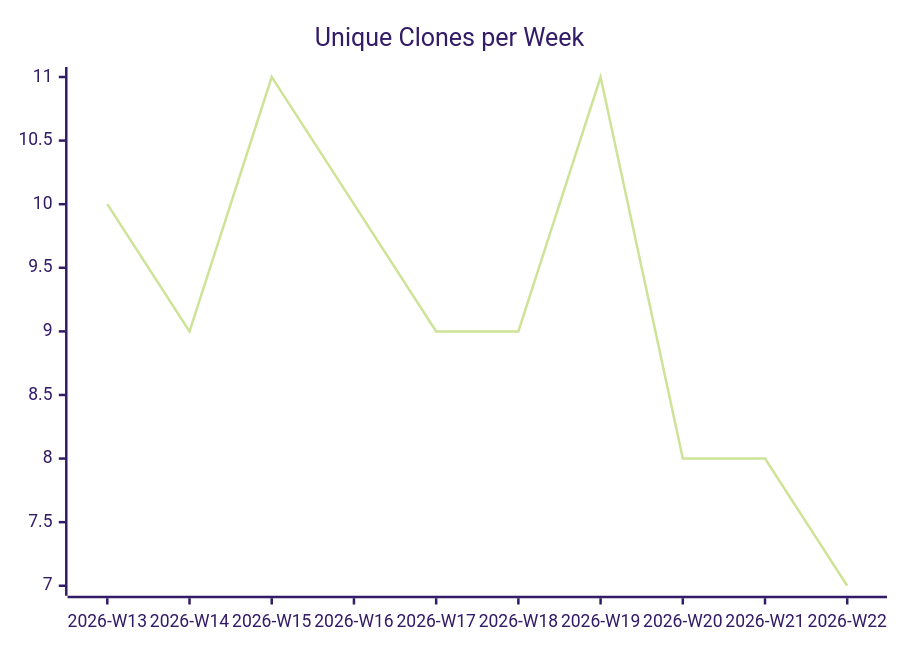
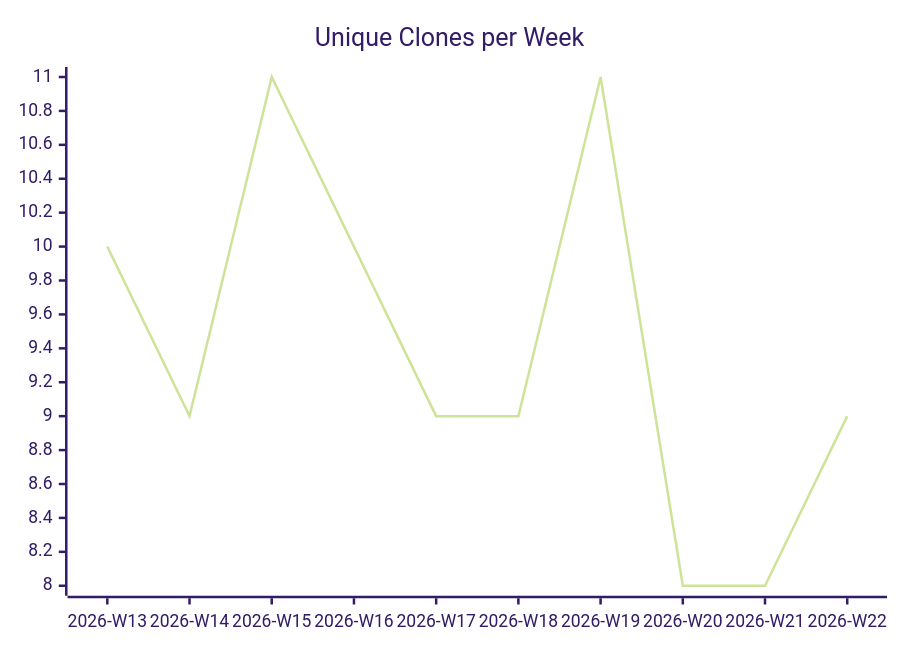
Before and after one commit to justdavis-family/github-analytics-data: the third of 3 diagrams in karlmdavis/usgs-water-api-java/README.md, drawn with Mermaid (forest theme). The commit also changed other lines of this file and 188 other files, not shown here.

````diff
--- a/karlmdavis/usgs-water-api-java/README.md
+++ b/karlmdavis/usgs-water-api-java/README.md
@@ -19,6 +19,6 @@
 ```mermaid
 xychart-beta
   title "Unique Clones per Week"
   x-axis ["2026-W13", "2026-W14", "2026-W15", "2026-W16", "2026-W17", "2026-W18", "2026-W19", "2026-W20", "2026-W21", "2026-W22"]
-  line [10, 9, 11, 10, 9, 9, 11, 8, 8, 7]
+  line [10, 9, 11, 10, 9, 9, 11, 8, 8, 9]
 ```
````
